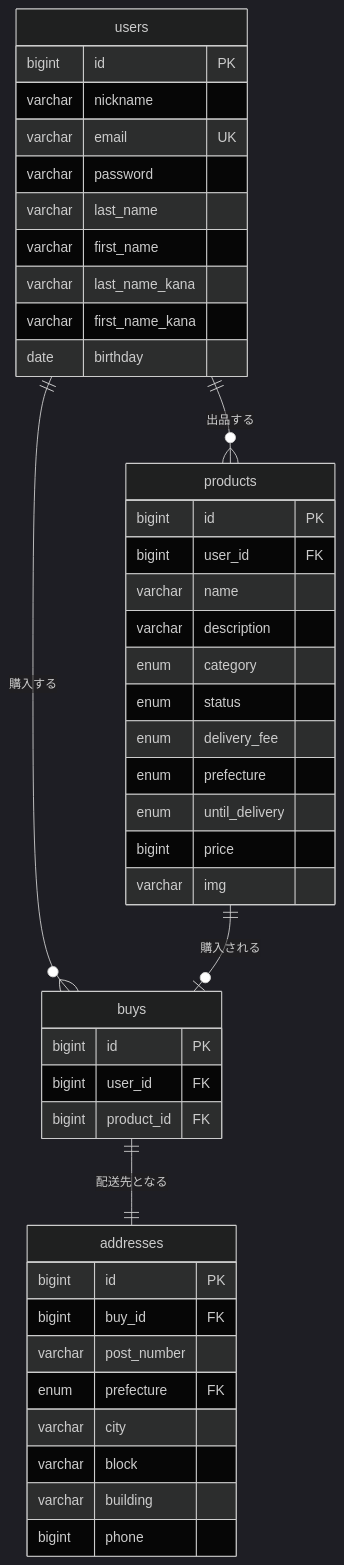
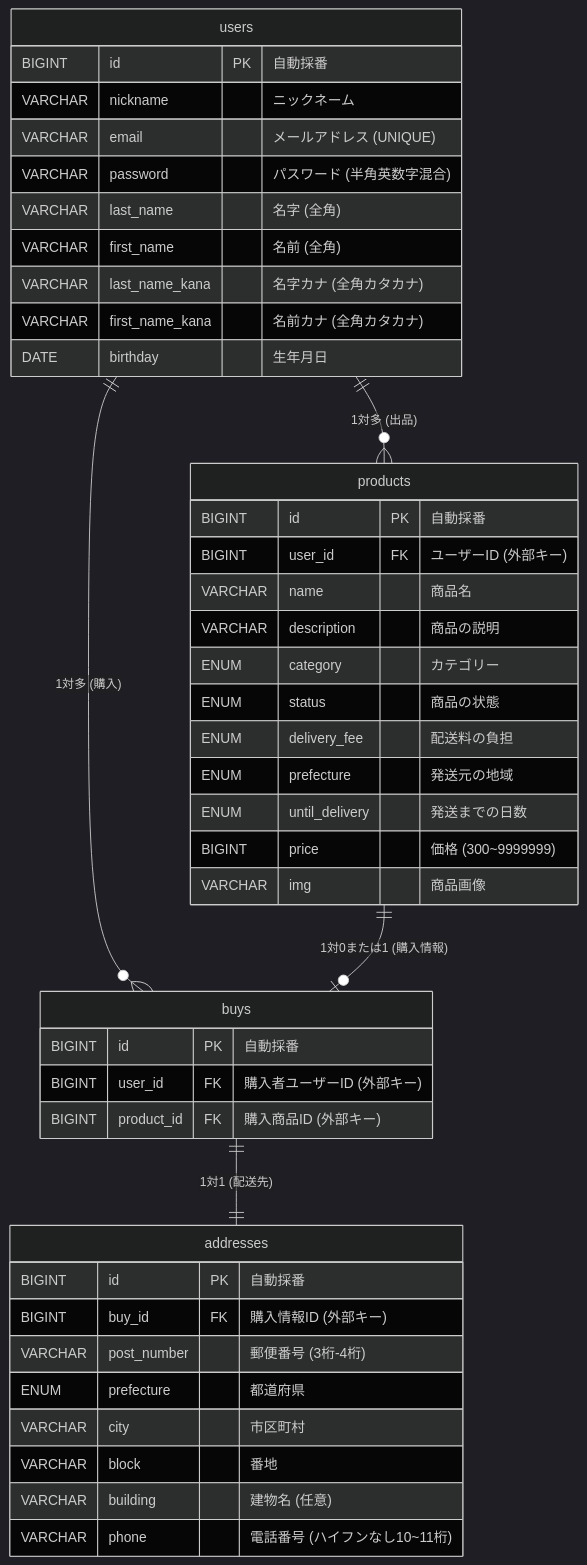
The diagram in README.md (sho-haraguchi/furima), drawn with Mermaid (dark theme) before and after one commit.

````diff
--- a/README.md
+++ b/README.md
@@ -3,50 +3,50 @@
 ```mermaid
 erDiagram
-    users ||--o{ products : "出品する"
-    users ||--o{ buys : "購入する"
-    products ||--o| buys : "購入される"
-    buys ||--|| addresses : "配送先となる"
+    users ||--o{ products : "1対多 (出品)"
+    users ||--o{ buys : "1対多 (購入)"
+    products ||--o| buys : "1対0または1 (購入情報)"
+    buys ||--|| addresses : "1対1 (配送先)"
 
     users {
-        bigint id PK
-        varchar nickname
-        varchar email UK
-        varchar password
-        varchar last_name
-        varchar first_name
-        varchar last_name_kana
-        varchar first_name_kana
-        date birthday
+        BIGINT id PK "自動採番"
+        VARCHAR nickname "ニックネーム"
+        VARCHAR email "メールアドレス (UNIQUE)"
+        VARCHAR password "パスワード (半角英数字混合)"
+        VARCHAR last_name "名字 (全角)"
+        VARCHAR first_name "名前 (全角)"
+        VARCHAR last_name_kana "名字カナ (全角カタカナ)"
+        VARCHAR first_name_kana "名前カナ (全角カタカナ)"
+        DATE birthday "生年月日"
     }
 
     products {
-        bigint id PK
-        bigint user_id FK
-        varchar name
-        varchar description
-        enum category
-        enum status
-        enum delivery_fee
-        enum prefecture
-        enum until_delivery
-        bigint price
-        varchar img
+        BIGINT id PK "自動採番"
+        BIGINT user_id FK "ユーザーID (外部キー)"
+        VARCHAR name "商品名"
+        VARCHAR description "商品の説明"
+        ENUM category "カテゴリー"
+        ENUM status "商品の状態"
+        ENUM delivery_fee "配送料の負担"
+        ENUM prefecture "発送元の地域"
+        ENUM until_delivery "発送までの日数"
+        BIGINT price "価格 (300~9999999)"
+        VARCHAR img "商品画像"
     }
 
     buys {
-        bigint id PK
-        bigint user_id FK
-        bigint product_id FK
+        BIGINT id PK "自動採番"
+        BIGINT user_id FK "購入者ユーザーID (外部キー)"
+        BIGINT product_id FK "購入商品ID (外部キー)"
     }
 
     addresses {
-        bigint id PK
-        bigint buy_id FK
-        varchar post_number
-        enum prefecture FK
-        varchar city
-        varchar block
-        varchar building
-        bigint phone
+        BIGINT id PK "自動採番"
+        BIGINT buy_id FK "購入情報ID (外部キー)"
+        VARCHAR post_number "郵便番号 (3桁-4桁)"
+        ENUM prefecture "都道府県"
+        VARCHAR city "市区町村"
+        VARCHAR block "番地"
+        VARCHAR building "建物名 (任意)"
+        VARCHAR phone "電話番号 (ハイフンなし10~11桁)"
     }
 ```
````
